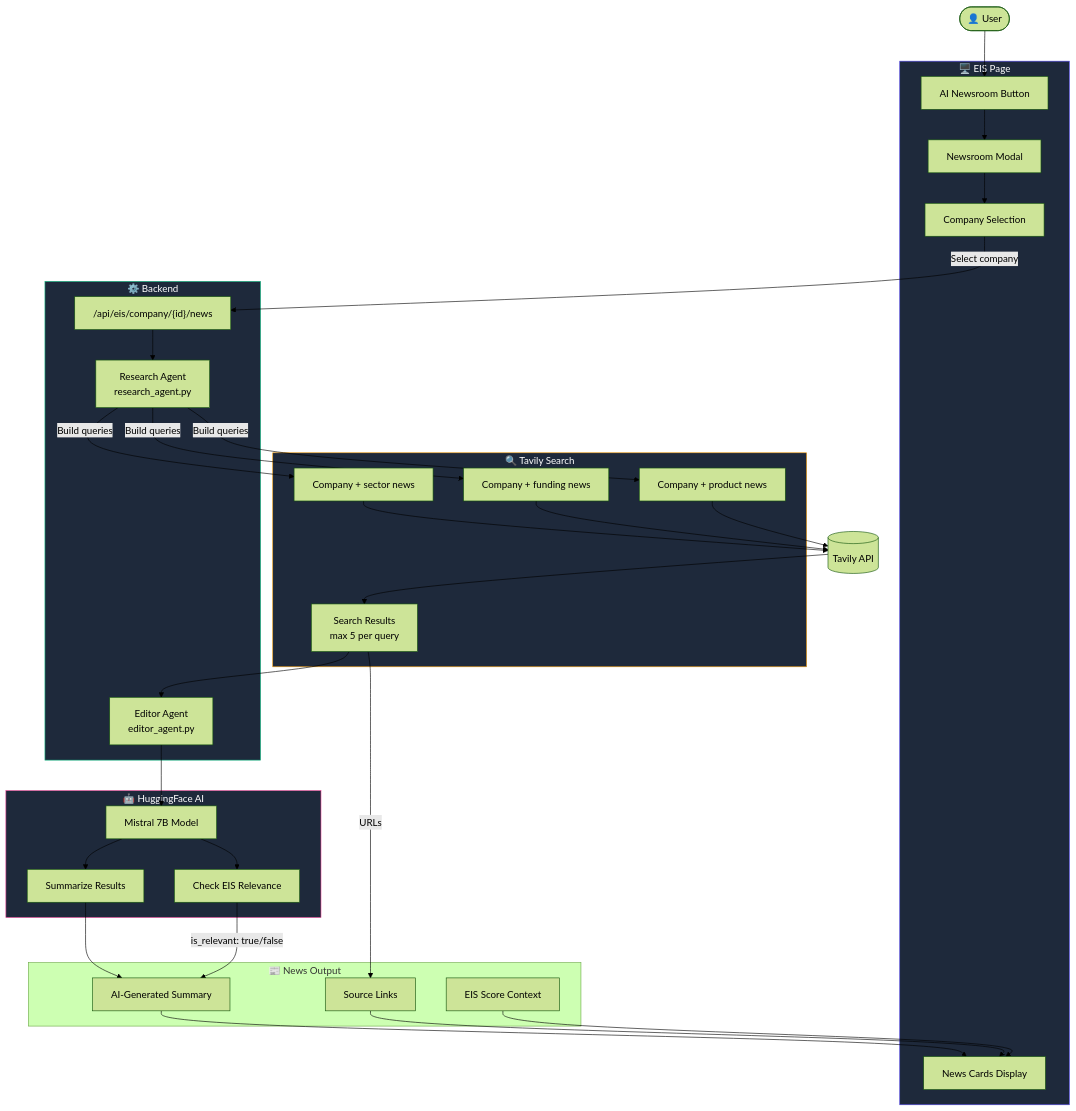
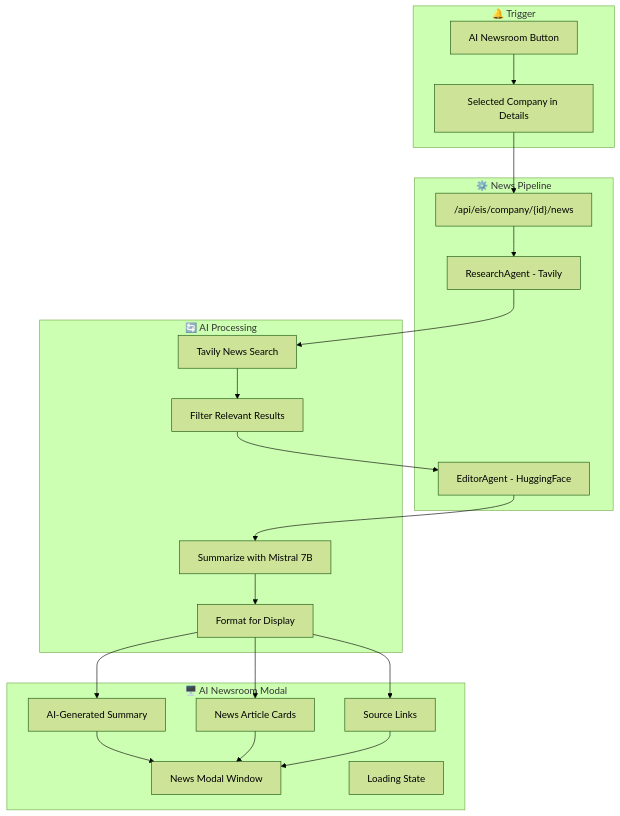
Before and after one commit to nagasriramnani/Currency-Intelligence-Platform-V2: the seventh of 11 diagrams in EIS_ARCHITECTURE.md, drawn with Mermaid (forest theme). The commit also changed other lines of this file, not shown here.

Commit message:
docs: Restore original EIS Architecture with sequence diagrams

````diff
--- a/EIS_ARCHITECTURE.md
+++ b/EIS_ARCHITECTURE.md
@@ -268,68 +378,46 @@
 ```mermaid
 flowchart TB
-    subgraph Frontend["🖥️ EIS Page"]
-        NewsBtn[AI Newsroom Button]
-        NewsModal[Newsroom Modal]
-        CompanyList[Company Selection]
-        NewsDisplay[News Cards Display]
+    subgraph Trigger["🔔 Trigger"]
+        NewsroomButton[AI Newsroom Button]
+        CompanySelect[Selected Company in Details]
     end
 
-    subgraph Backend["⚙️ Backend"]
-        NewsAPI["/api/eis/company/{id}/news"]
-        ResearchAgent[Research Agent<br/>research_agent.py]
-        EditorAgent[Editor Agent<br/>editor_agent.py]
+    subgraph Frontend["🖥️ AI Newsroom Modal"]
+        NewsModal[News Modal Window]
+        LoadingSpinner[Loading State]
+        NewsCards[News Article Cards]
+        AISummary[AI-Generated Summary]
+        SourceLinks[Source Links]
     end
 
-    subgraph TavilySearch["🔍 Tavily Search"]
-        Query1["Company + sector news"]
-        Query2["Company + funding news"]
-        Query3["Company + product news"]
-        Results[Search Results<br/>max 5 per query]
+    subgraph Backend["⚙️ News Pipeline"]
+        NewsAPI["/api/eis/company/{id}/news"]
+        ResearchAgent[ResearchAgent - Tavily]
+        EditorAgent[EditorAgent - HuggingFace]
     end
 
-    subgraph HuggingFace["🤖 HuggingFace AI"]
-        Mistral[Mistral 7B Model]
-        Summarize[Summarize Results]
-        Relevance[Check EIS Relevance]
+    subgraph Processing["🔄 AI Processing"]
+        TavilySearch[Tavily News Search]
+        Relevance[Filter Relevant Results]
+        Summarize[Summarize with Mistral 7B]
+        FormatOutput[Format for Display]
     end
 
-    subgraph Output["📰 News Output"]
-        Summary[AI-Generated Summary]
-        Sources[Source Links]
-        Score[EIS Score Context]
-    end
-
-    %% Flow
-    User([👤 User]) --> NewsBtn
-    NewsBtn --> NewsModal
-    NewsModal --> CompanyList
-    CompanyList -->|"Select company"| NewsAPI
+    NewsroomButton --> CompanySelect
+    CompanySelect --> NewsAPI
     
     NewsAPI --> ResearchAgent
-    ResearchAgent -->|"Build queries"| Query1
-    ResearchAgent -->|"Build queries"| Query2
-    ResearchAgent -->|"Build queries"| Query3
+    ResearchAgent --> TavilySearch
+    TavilySearch --> Relevance
+    Relevance --> EditorAgent
+    EditorAgent --> Summarize
+    Summarize --> FormatOutput
     
-    Query1 --> TavilyAPI[(Tavily API)]
-    Query2 --> TavilyAPI
-    Query3 --> TavilyAPI
-    TavilyAPI --> Results
+    FormatOutput --> AISummary
+    FormatOutput --> NewsCards
+    FormatOutput --> SourceLinks
     
-    Results --> EditorAgent
-    EditorAgent --> Mistral
-    Mistral --> Summarize
-    Mistral --> Relevance
-    
-    Summarize --> Summary
-    Relevance -->|"is_relevant: true/false"| Summary
-    Results -->|"URLs"| Sources
-    
-    Summary --> NewsDisplay
-    Sources --> NewsDisplay
-    Score --> NewsDisplay
-
-    style Frontend fill:#1e293b,stroke:#4f46e5,color:#fff
-    style Backend fill:#1e293b,stroke:#10b981,color:#fff
-    style TavilySearch fill:#1e293b,stroke:#f59e0b,color:#fff
-    style HuggingFace fill:#1e293b,stroke:#ec4899,color:#fff
+    AISummary --> NewsModal
+    NewsCards --> NewsModal
+    SourceLinks --> NewsModal
 ```
````
